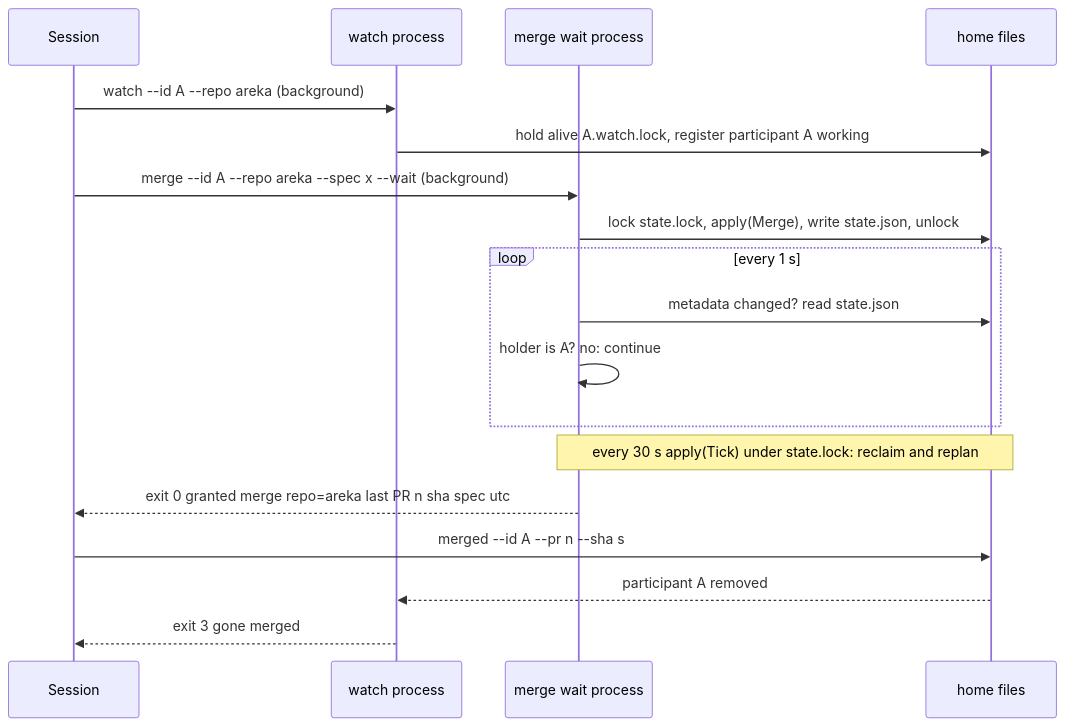
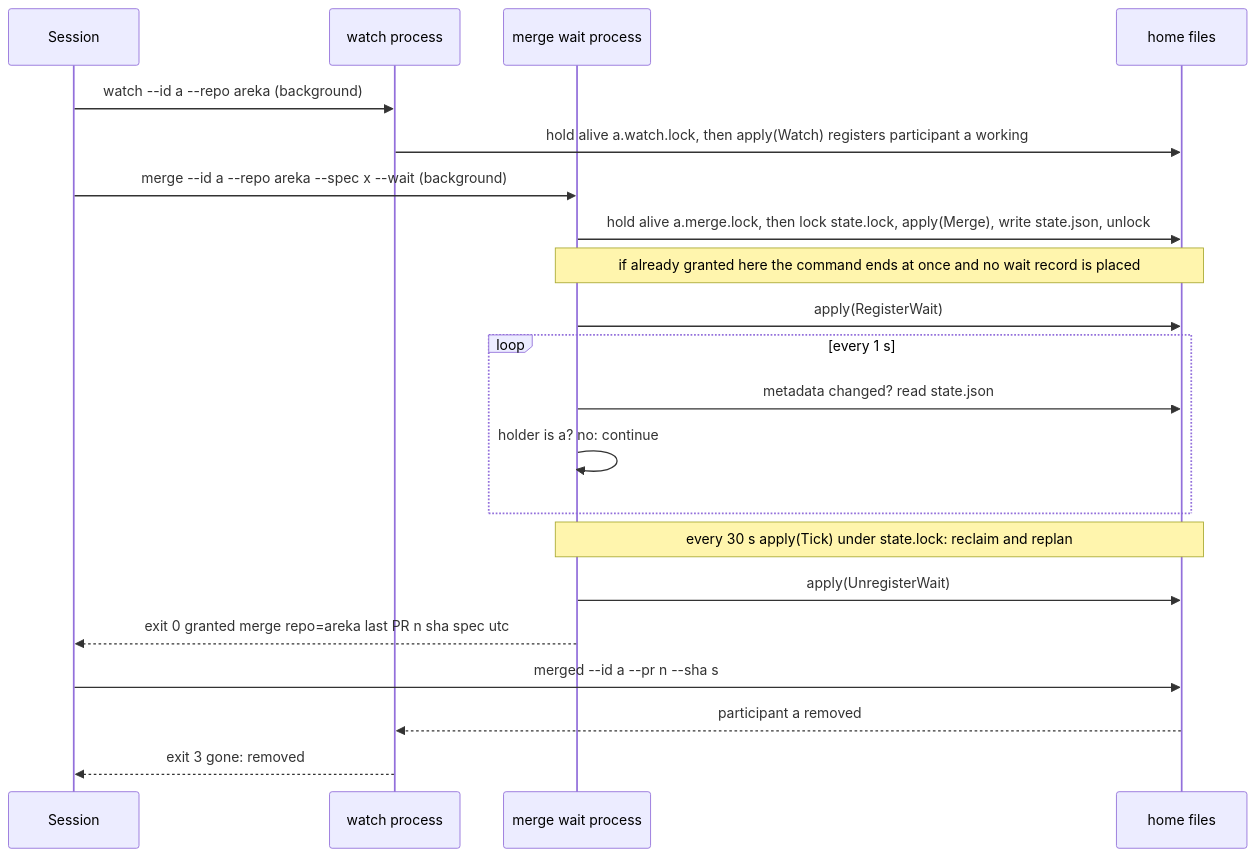
The second of 5 diagrams in .kiro/specs/areka-P0-impl-watch/design.md (ekicyou/areka), drawn with Mermaid before and after one commit. The commit also changed other lines of this file and 2 other files, not shown here.

First line of the commit message:
docs(areka-P0-impl-watch): reflect the nine approved rulings and the as-built design in the spec

````diff
--- a/.kiro/specs/areka-P0-impl-watch/design.md
+++ b/.kiro/specs/areka-P0-impl-watch/design.md
@@ -215,20 +247,23 @@
 ```mermaid
 sequenceDiagram
     participant S as Session
     participant W as watch process
     participant M as merge wait process
     participant F as home files
-    S->>W: watch --id A --repo areka (background)
-    W->>F: hold alive A.watch.lock, register participant A working
-    S->>M: merge --id A --repo areka --spec x --wait (background)
-    M->>F: lock state.lock, apply(Merge), write state.json, unlock
+    S->>W: watch --id a --repo areka (background)
+    W->>F: hold alive a.watch.lock, then apply(Watch) registers participant a working
+    S->>M: merge --id a --repo areka --spec x --wait (background)
+    M->>F: hold alive a.merge.lock, then lock state.lock, apply(Merge), write state.json, unlock
+    Note over M,F: if already granted here the command ends at once and no wait record is placed
+    M->>F: apply(RegisterWait)
     loop every 1 s
         M->>F: metadata changed? read state.json
-        M->>M: holder is A? no: continue
+        M->>M: holder is a? no: continue
     end
     Note over M,F: every 30 s apply(Tick) under state.lock: reclaim and replan
+    M->>F: apply(UnregisterWait)
     M-->>S: exit 0 granted merge repo=areka last PR n sha spec utc
-    S->>F: merged --id A --pr n --sha s
-    F-->>W: participant A removed
-    W-->>S: exit 3 gone merged
+    S->>F: merged --id a --pr n --sha s
+    F-->>W: participant a removed
+    W-->>S: exit 3 gone: removed
 ```
````
